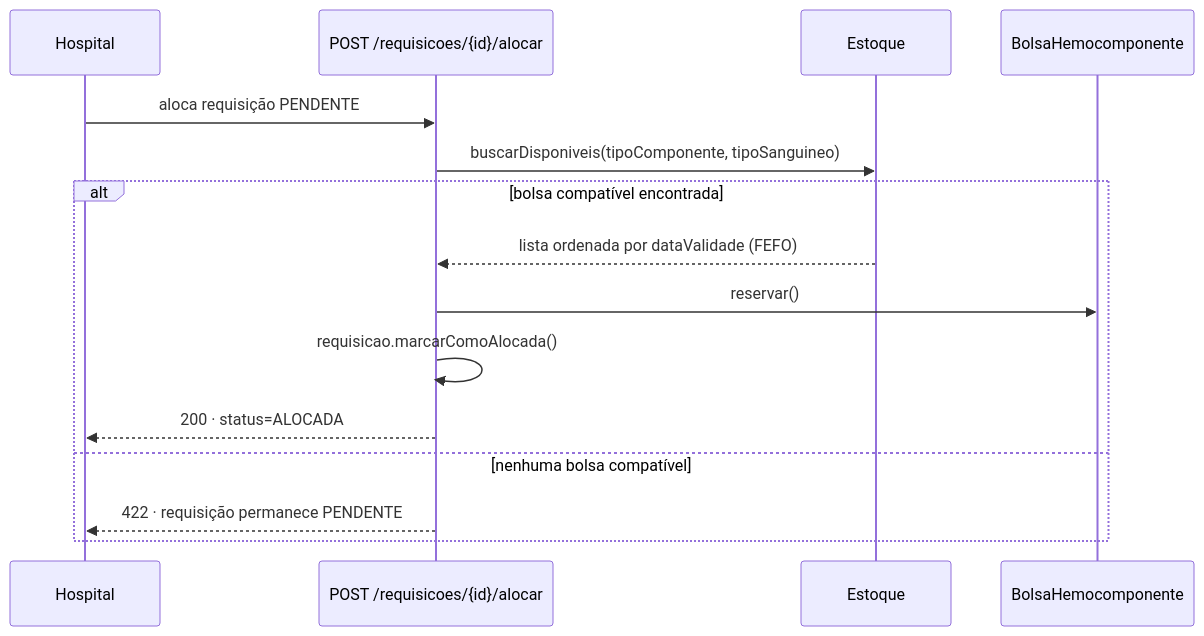
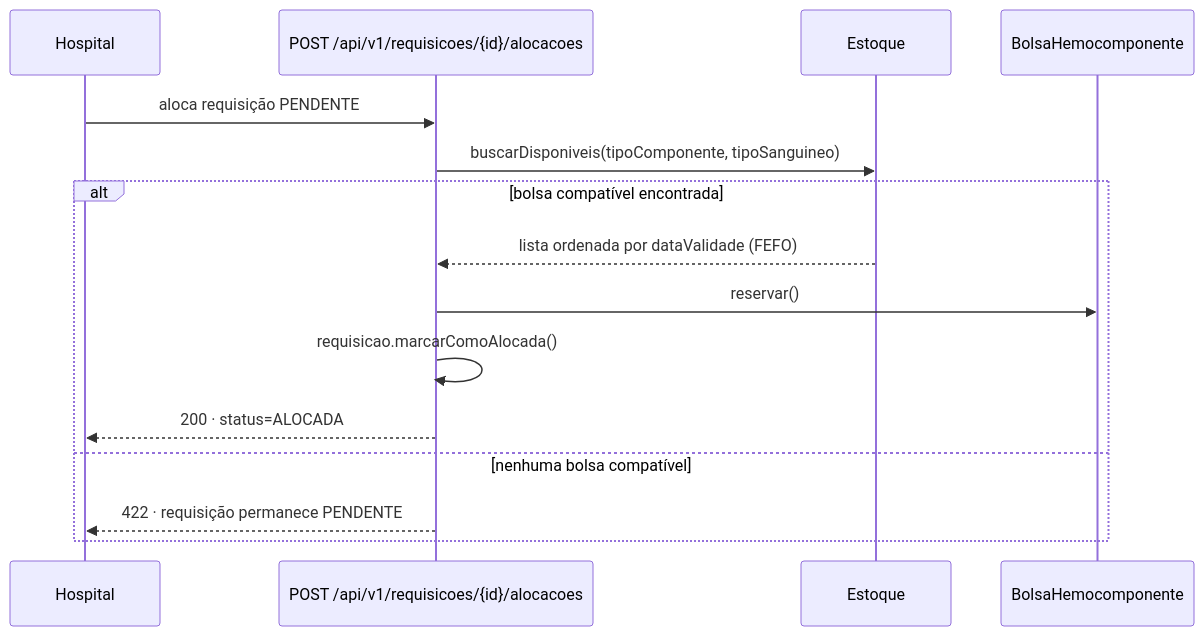
One commit to viictorpaes/Rotavital changed the third of 3 diagrams in docs/MODULOS.md. Above: the diagram before and after it, drawn with Mermaid. The commit also changed other lines of this file and 18 other files, not shown here.

````diff
--- a/docs/MODULOS.md
+++ b/docs/MODULOS.md
@@ -92,18 +92,18 @@
 ```mermaid
 sequenceDiagram
     participant H as Hospital
-    participant API as POST /requisicoes/{id}/alocar
+    participant API as POST /api/v1/requisicoes/{id}/alocacoes
     participant E as Estoque
     participant B as BolsaHemocomponente
 
     H->>API: aloca requisição PENDENTE
     API->>E: buscarDisponiveis(tipoComponente, tipoSanguineo)
     alt bolsa compatível encontrada
         E-->>API: lista ordenada por dataValidade (FEFO)
         API->>B: reservar()
         API->>API: requisicao.marcarComoAlocada()
         API-->>H: 200 · status=ALOCADA
     else nenhuma bolsa compatível
         API-->>H: 422 · requisição permanece PENDENTE
     end
 ```
````
